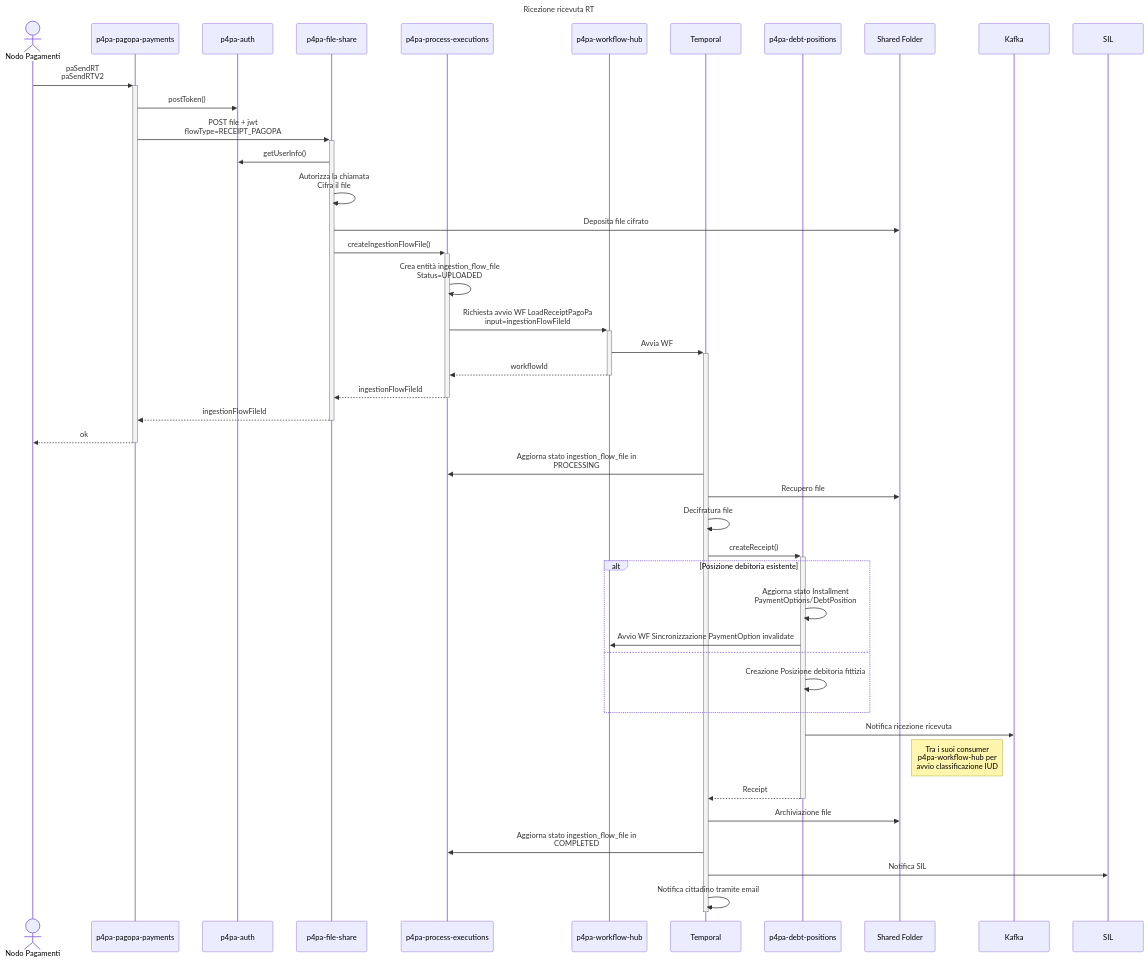
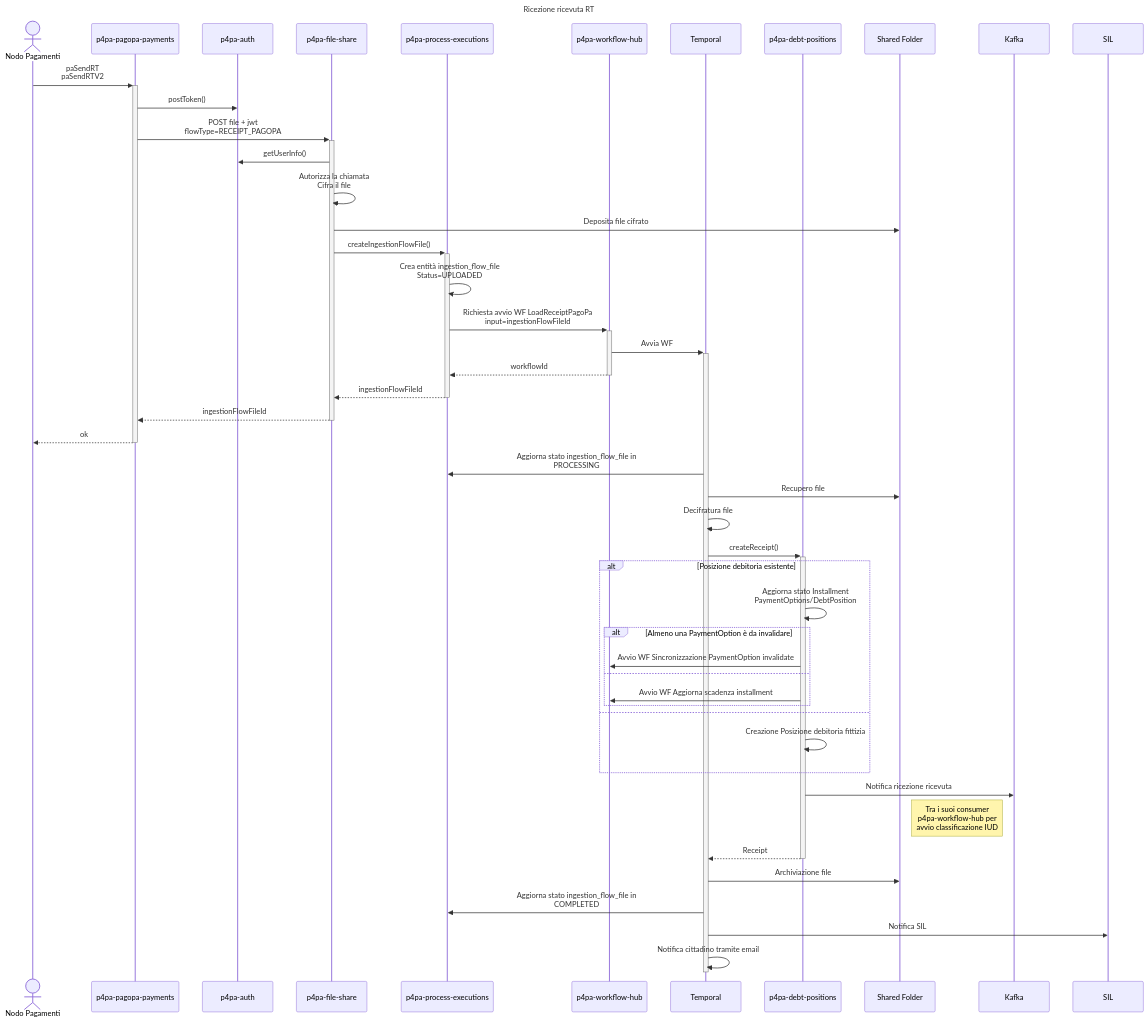
Before and after one commit to pagopa/p4pa-doc: the diagram in design/workflow/ricevuteRT/seq_paSendRT.mmd, drawn with Mermaid. The commit also changed 1 other file, not shown here.

```diff
--- a/design/workflow/ricevuteRT/seq_paSendRT.mmd
+++ b/design/workflow/ricevuteRT/seq_paSendRT.mmd
@@ -1,50 +1,54 @@
 ---
 title: Ricezione ricevuta RT
 ---
 sequenceDiagram
     actor PAGOPA as Nodo Pagamenti
     participant MS_PAGOPA_PAY as p4pa-pagopa-payments
     participant MS_AUTH as p4pa-auth
     participant MS_FILESHARE as p4pa-file-share
     participant MS_PROCESS_EXECUTIONS as p4pa-process-executions
     participant MS_WF as p4pa-workflow-hub
     participant WF as Temporal
     participant MS_DP as p4pa-debt-positions
     participant SHARED as Shared Folder
     participant KAFKA as Kafka
     participant SIL
 
     PAGOPA ->>+ MS_PAGOPA_PAY: paSendRT<BR />paSendRTV2
         MS_PAGOPA_PAY ->> MS_AUTH: postToken()
         MS_PAGOPA_PAY ->>+ MS_FILESHARE: POST file + jwt<BR />flowType=RECEIPT_PAGOPA
             MS_FILESHARE ->> MS_AUTH: getUserInfo()
             MS_FILESHARE ->> MS_FILESHARE: Autorizza la chiamata<BR />Cifra il file
             MS_FILESHARE ->> SHARED: Deposita file cifrato
             MS_FILESHARE ->>+ MS_PROCESS_EXECUTIONS: createIngestionFlowFile()
                 MS_PROCESS_EXECUTIONS ->> MS_PROCESS_EXECUTIONS: Crea entità ingestion_flow_file<BR />Status=UPLOADED
                 MS_PROCESS_EXECUTIONS ->>+ MS_WF: Richiesta avvio WF LoadReceiptPagoPa<BR />input=ingestionFlowFileId
                     MS_WF ->>+ WF: Avvia WF
                     MS_WF -->>- MS_PROCESS_EXECUTIONS: workflowId
                 MS_PROCESS_EXECUTIONS -->>- MS_FILESHARE: ingestionFlowFileId
             MS_FILESHARE -->>- MS_PAGOPA_PAY: ingestionFlowFileId
         MS_PAGOPA_PAY -->>- PAGOPA: ok
 
     WF ->> MS_PROCESS_EXECUTIONS: Aggiorna stato ingestion_flow_file in<BR />PROCESSING
     WF ->> SHARED: Recupero file
     WF ->> WF: Decifratura file
     WF ->>+ MS_DP: createReceipt()
         alt Posizione debitoria esistente
             MS_DP ->> MS_DP: Aggiorna stato Installment<BR />PaymentOptions/DebtPosition
-            MS_DP ->> MS_WF: Avvio WF Sincronizzazione PaymentOption invalidate
+            alt Almeno una PaymentOption è da invalidare
+                MS_DP ->> MS_WF: Avvio WF Sincronizzazione PaymentOption invalidate
+            else
+                MS_DP ->> MS_WF: Avvio WF Aggiorna scadenza installment
+            end
         else
             MS_DP ->> MS_DP: Creazione Posizione debitoria fittizia
         end
         MS_DP ->> KAFKA: Notifica ricezione ricevuta
         note left of KAFKA: Tra i suoi consumer<BR />p4pa-workflow-hub per<BR/>avvio classificazione IUD
         MS_DP -->>- WF: Receipt
     WF ->> SHARED: Archiviazione file
     WF ->> MS_PROCESS_EXECUTIONS: Aggiorna stato ingestion_flow_file in<BR />COMPLETED
     WF ->> SIL: Notifica SIL
     WF ->> WF: Notifica cittadino tramite email
 
     deactivate WF
```
